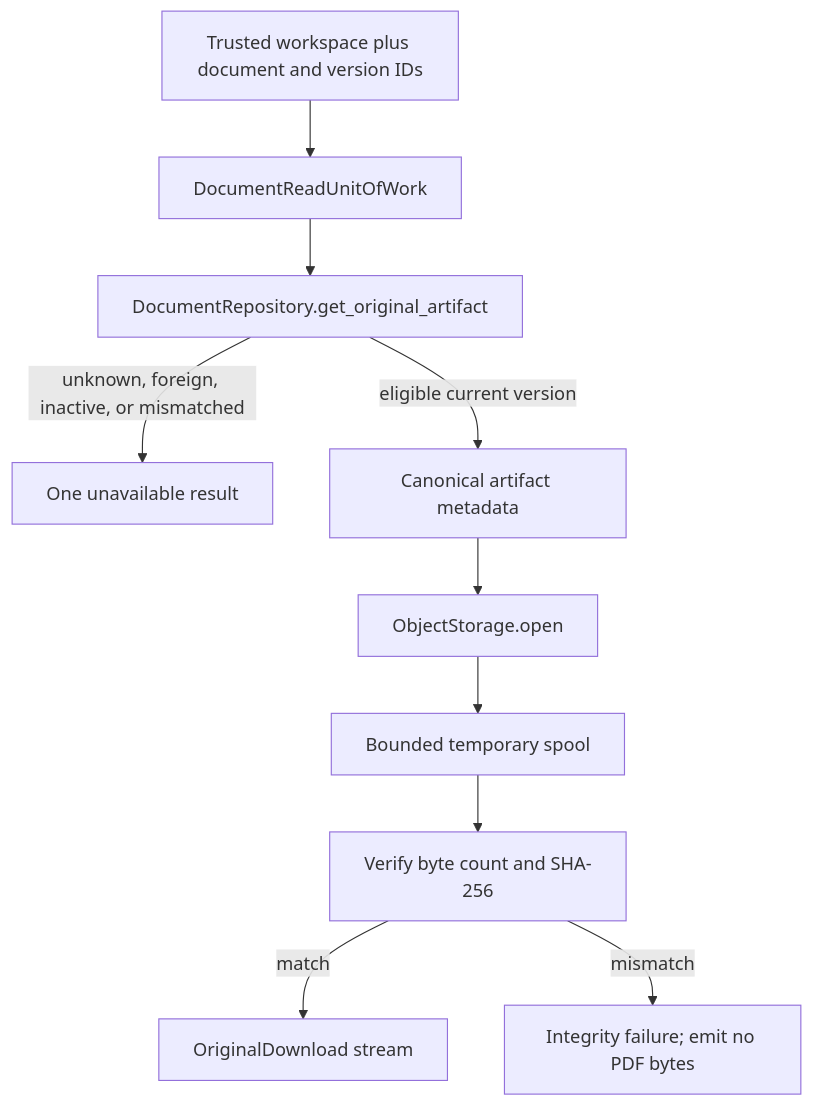
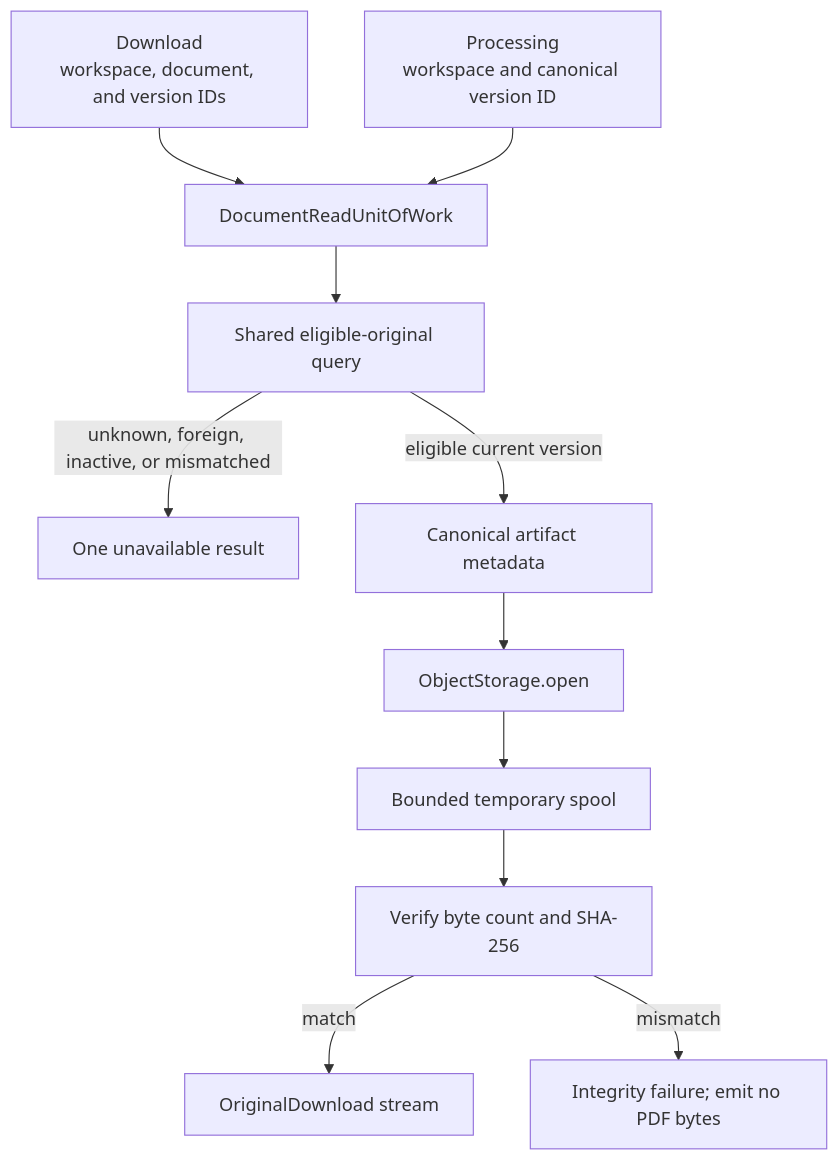
One commit to rnkraus/investment-research changed the third of 3 diagrams in backend/src/investment_research/modules/documents/README.md. Above: the diagram before and after it, drawn with Mermaid. The commit also changed other lines of this file and 8 other files, not shown here.

````diff
--- a/backend/src/investment_research/modules/documents/README.md
+++ b/backend/src/investment_research/modules/documents/README.md
@@ -50,12 +50,13 @@
 ```mermaid
 flowchart TD
-    INPUT[Trusted workspace plus document and version IDs] --> READ[DocumentReadUnitOfWork]
-    READ --> REPOSITORY[DocumentRepository.get_original_artifact]
+    DOWNLOAD_INPUT[Download<br/>workspace, document, and version IDs] --> READ[DocumentReadUnitOfWork]
+    PROCESSING_INPUT[Processing<br/>workspace and canonical version ID] --> READ
+    READ --> REPOSITORY[Shared eligible-original query]
     REPOSITORY -->|unknown, foreign, inactive, or mismatched| NOTFOUND[One unavailable result]
     REPOSITORY -->|eligible current version| METADATA[Canonical artifact metadata]
     METADATA --> STORAGE[ObjectStorage.open]
     STORAGE --> SPOOL[Bounded temporary spool]
     SPOOL --> VERIFY[Verify byte count and SHA-256]
     VERIFY -->|match| DOWNLOAD[OriginalDownload stream]
     VERIFY -->|mismatch| INTEGRITY[Integrity failure; emit no PDF bytes]
 ```
````
